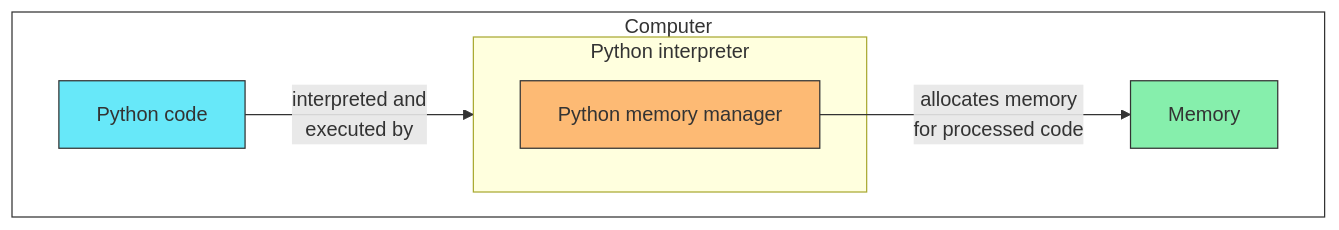
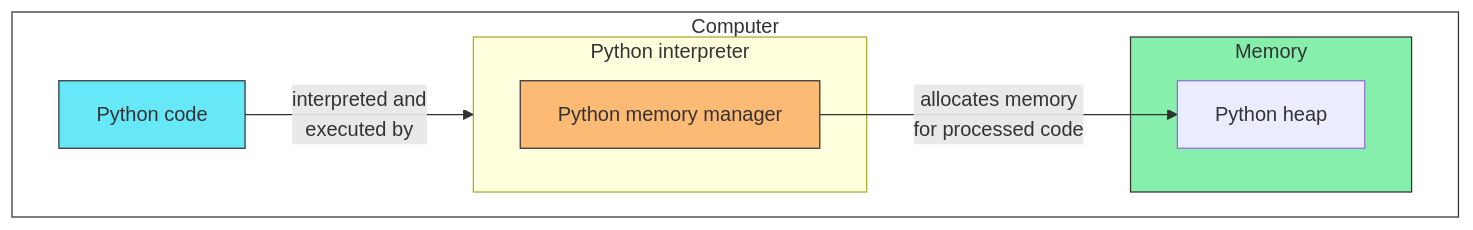
One commit to CU-DBMI/demo-python-memory-reference-accounting changed the seventh of 11 diagrams in README.md. Above: the diagram before and after it, drawn with Mermaid. The commit also changed other lines of this file, not shown here.

````diff
--- a/README.md
+++ b/README.md
@@ -227,20 +230,22 @@
 ```mermaid
 flowchart LR
 
 subgraph computer ["Computer"]
   direction LR
-  memory["Memory"]
+  subgraph memory["Memory"]
+    pyheap["Python heap"]
+  end
   code["Python code"]
   subgraph interpreter["Python interpreter"]
     manager["Python memory manager"]
   end
 end
 
 code --> |interpreted and\nexecuted by| interpreter
-manager --> |allocates memory\nfor processed code| memory
+manager --> |allocates memory\nfor processed code| pyheap
 
 style computer fill:#fff,stroke:#333
 style memory fill:#86EFAC,stroke:#333
 style code fill:#67E8F9,stroke:#333;
 style manager fill:#FDBA74,stroke:#333;
 ```
````
